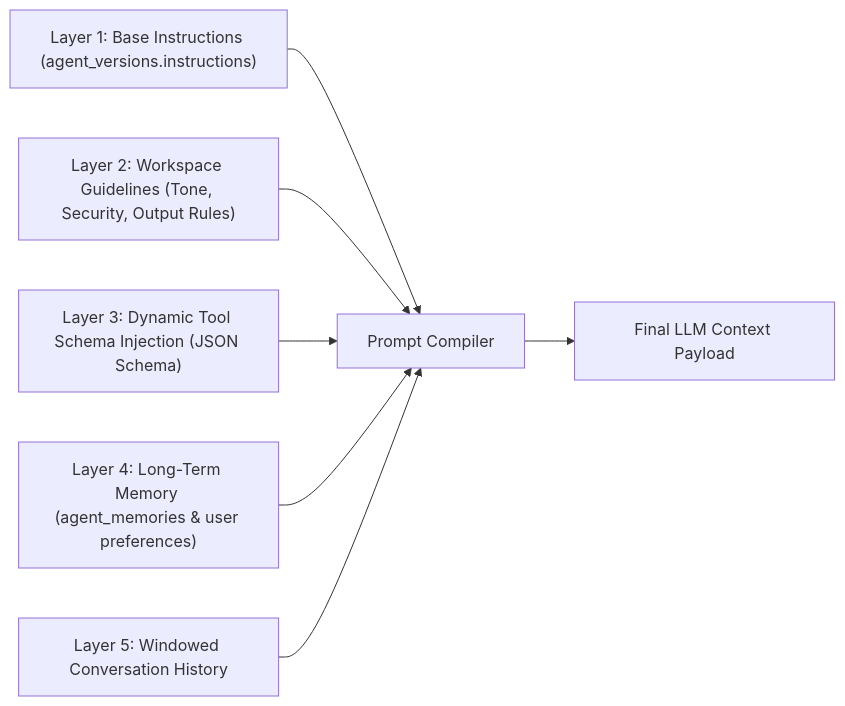
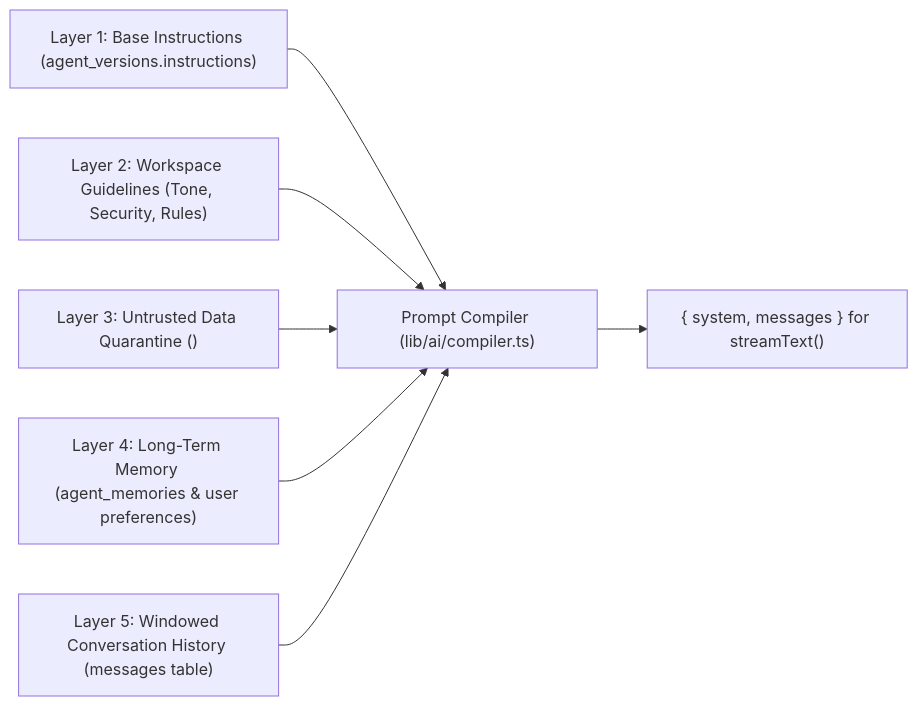
The second of 2 diagrams in docs/03_agent_runtime_and_reasoning_engine.md (manish-3d/meow), drawn with Mermaid before and after one commit. The commit also changed other lines of this file, not shown here.

````diff
--- a/docs/03_agent_runtime_and_reasoning_engine.md
+++ b/docs/03_agent_runtime_and_reasoning_engine.md
@@ -103,19 +60,19 @@
 ```mermaid
 flowchart LR
     L1["Layer 1: Base Instructions (agent_versions.instructions)"]
-    L2["Layer 2: Workspace Guidelines (Tone, Security, Output Rules)"]
-    L3["Layer 3: Dynamic Tool Schema Injection (JSON Schema)"]
+    L2["Layer 2: Workspace Guidelines (Tone, Security, Rules)"]
+    L3["Layer 3: Untrusted Data Quarantine (<untrusted_tool_data>)"]
     L4["Layer 4: Long-Term Memory (agent_memories & user preferences)"]
-    L5["Layer 5: Windowed Conversation History"]
+    L5["Layer 5: Windowed Conversation History (messages table)"]
 
-    COMPILER["Prompt Compiler"]
-    PAYLOAD["Final LLM Context Payload"]
+    COMPILER["Prompt Compiler (lib/ai/compiler.ts)"]
+    PAYLOAD["{ system, messages } for streamText()"]
 
     L1 --> COMPILER
     L2 --> COMPILER
     L3 --> COMPILER
     L4 --> COMPILER
     L5 --> COMPILER
 
     COMPILER --> PAYLOAD
 ```
````
